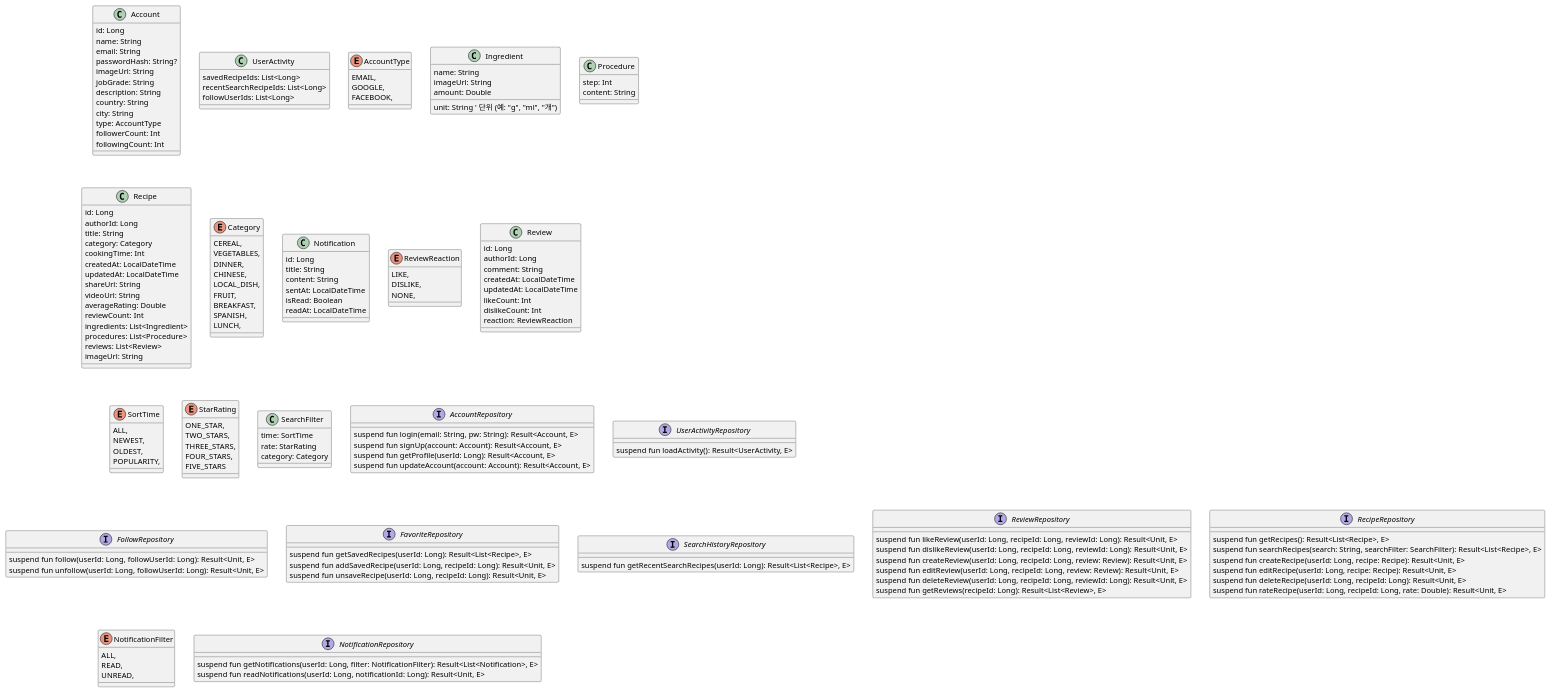
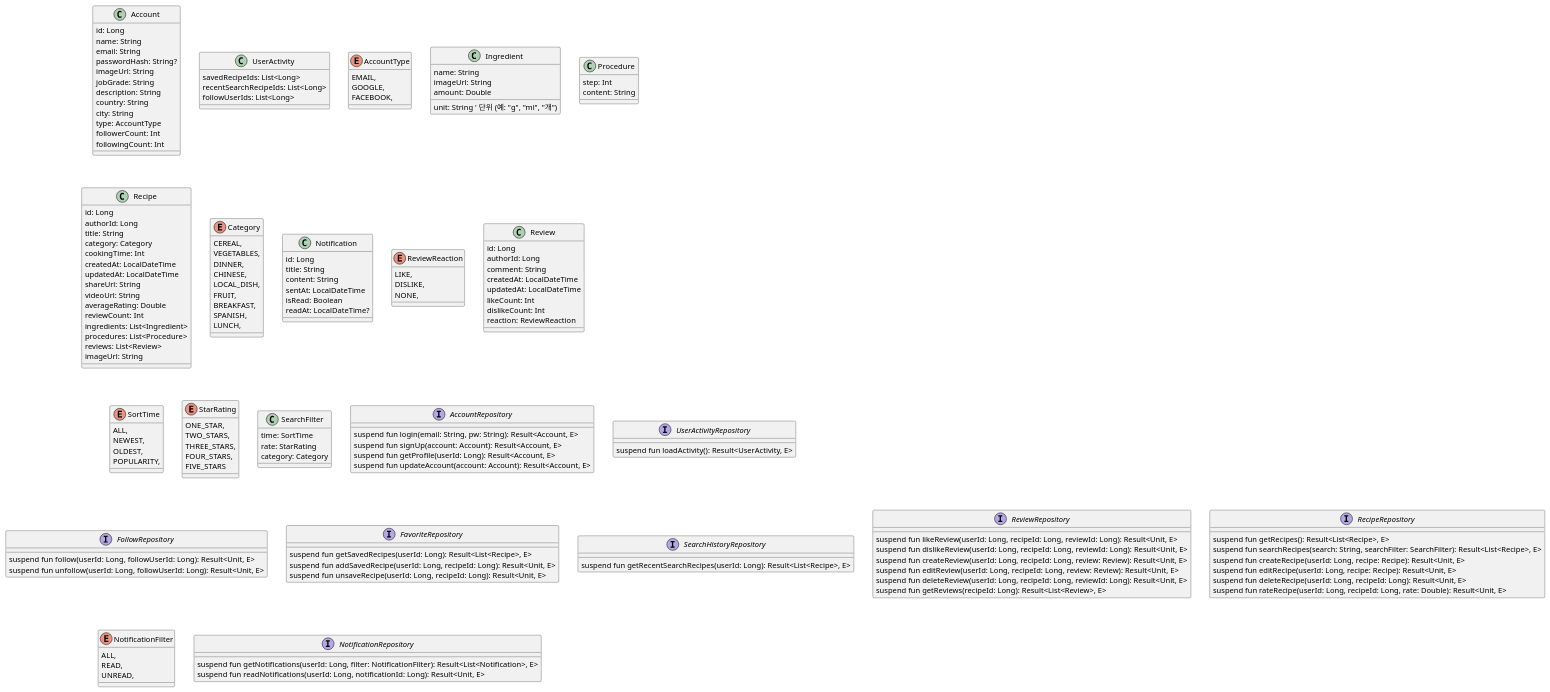
The diagram in src/main/kotlin/com/ezlevup/my/foodrecipe/FoodRecipe1.puml (SurvivalCodingCampus/gangnam2_kotlin_study), drawn with PlantUML before and after one commit.

Commit message:
feat: readAt 필드는 nullable 로 수정.

```diff
--- a/src/main/kotlin/com/ezlevup/my/foodrecipe/FoodRecipe1.puml
+++ b/src/main/kotlin/com/ezlevup/my/foodrecipe/FoodRecipe1.puml
@@ -1,198 +1,198 @@
 @startuml
 ' Food Recipe class-diagram
 
 class Account {
     id: Long
     name: String
     email: String
     passwordHash: String?
     imageUrl: String
     jobGrade: String
     description: String
     country: String
     city: String
     type: AccountType
     followerCount: Int
     followingCount: Int
 }
 
 ' 사용자 활동 데이터
 class UserActivity {
     ' 즐겨찾기 레시피, Recipe ID 만 저장
     savedRecipeIds: List<Long>
     ' 최근 검색한 레시피, Recipe ID 만 저장
     recentSearchRecipeIds: List<Long>
     followUserIds: List<Long>
 }
 
 enum AccountType {
     EMAIL,
     GOOGLE,
     FACEBOOK,
 }
 
 ' 재료
 class Ingredient {
     name: String
     imageUrl: String
     amount: Double
     unit: String ' 단위 (예: "g", "ml", "개")
 }
 
 ' 조리 순서
 class Procedure {
     step: Int
     content: String
 }
 
 ' 레시피
 class Recipe {
     id: Long
     authorId: Long
     title: String
     category: Category
     cookingTime: Int
     createdAt: LocalDateTime
     updatedAt: LocalDateTime
     shareUrl: String
     videoUrl: String
     ' 별점
     averageRating: Double
     ' 총 리뷰수
     reviewCount: Int
     ingredients: List<Ingredient>
     procedures: List<Procedure>
     reviews: List<Review>
     imageUrl: String
 }
 
 enum Category {
     CEREAL,
     VEGETABLES,
     DINNER,
     CHINESE,
     LOCAL_DISH,
     FRUIT,
     BREAKFAST,
     SPANISH,
     LUNCH,
 }
 
 
 class Notification {
     id: Long
     title: String
     content: String
     sentAt: LocalDateTime
     isRead: Boolean
-    readAt: LocalDateTime
+    readAt: LocalDateTime?
 }
 
 enum ReviewReaction {
     LIKE,
     DISLIKE,
     NONE,
 }
 
 class Review {
     id: Long
     ' 리뷰 작성자
     authorId: Long
     comment: String
     createdAt: LocalDateTime
     updatedAt: LocalDateTime
     likeCount: Int
     dislikeCount: Int
     reaction: ReviewReaction
 }
 
 enum SortTime {
     ALL,
     NEWEST,
     OLDEST,
     POPULARITY,
 }
 
 enum StarRating {
     ONE_STAR,
     TWO_STARS,
     THREE_STARS,
     FOUR_STARS,
     FIVE_STARS
 }
 
 class SearchFilter {
     time: SortTime
     rate: StarRating
     category: Category
 }
 
 ' 계정 관리
 interface AccountRepository {
     suspend fun login(email: String, pw: String): Result<Account, E>
     suspend fun signUp(account: Account): Result<Account, E>
     suspend fun getProfile(userId: Long): Result<Account, E>
     suspend fun updateAccount(account: Account): Result<Account, E>
 }
 
 ' 사용자 활동 데이터
 interface UserActivityRepository {
     suspend fun loadActivity(): Result<UserActivity, E>
 }
 
 ' 팔로우 관리
 interface FollowRepository {
     suspend fun follow(userId: Long, followUserId: Long): Result<Unit, E>
     suspend fun unfollow(userId: Long, followUserId: Long): Result<Unit, E>
 }
 
 ' 즐겨찾기 관리
 interface FavoriteRepository {
     suspend fun getSavedRecipes(userId: Long): Result<List<Recipe>, E>
     suspend fun addSavedRecipe(userId: Long, recipeId: Long): Result<Unit, E>
     suspend fun unsaveRecipe(userId: Long, recipeId: Long): Result<Unit, E>
 }
 
 ' 검색 기록 관리
 interface SearchHistoryRepository {
     ' 최근 검색 레시피
     suspend fun getRecentSearchRecipes(userId: Long): Result<List<Recipe>, E>
 }
 
 ' 리뷰 관리
 interface ReviewRepository {
     suspend fun likeReview(userId: Long, recipeId: Long, reviewId: Long): Result<Unit, E>
     suspend fun dislikeReview(userId: Long, recipeId: Long, reviewId: Long): Result<Unit, E>
     suspend fun createReview(userId: Long, recipeId: Long, review: Review): Result<Unit, E>
     suspend fun editReview(userId: Long, recipeId: Long, review: Review): Result<Unit, E>
     suspend fun deleteReview(userId: Long, recipeId: Long, reviewId: Long): Result<Unit, E>
     suspend fun getReviews(recipeId: Long): Result<List<Review>, E>
 }
 
 ' 레시피 관리
 interface RecipeRepository {
     suspend fun getRecipes(): Result<List<Recipe>, E>
     suspend fun searchRecipes(search: String, searchFilter: SearchFilter): Result<List<Recipe>, E>
     suspend fun createRecipe(userId: Long, recipe: Recipe): Result<Unit, E>
     suspend fun editRecipe(userId: Long, recipe: Recipe): Result<Unit, E>
     suspend fun deleteRecipe(userId: Long, recipeId: Long): Result<Unit, E>
     suspend fun rateRecipe(userId: Long, recipeId: Long, rate: Double): Result<Unit, E>
 }
 
 enum NotificationFilter {
     ALL,
     READ,
     UNREAD,
 }
 
 ' 알림 관리
 interface NotificationRepository  {
     suspend fun getNotifications(userId: Long, filter: NotificationFilter): Result<List<Notification>, E>
     suspend fun readNotifications(userId: Long, notificationId: Long): Result<Unit, E>
 }
 
 
 ' 관계 정의
 
 
 @enduml
```
